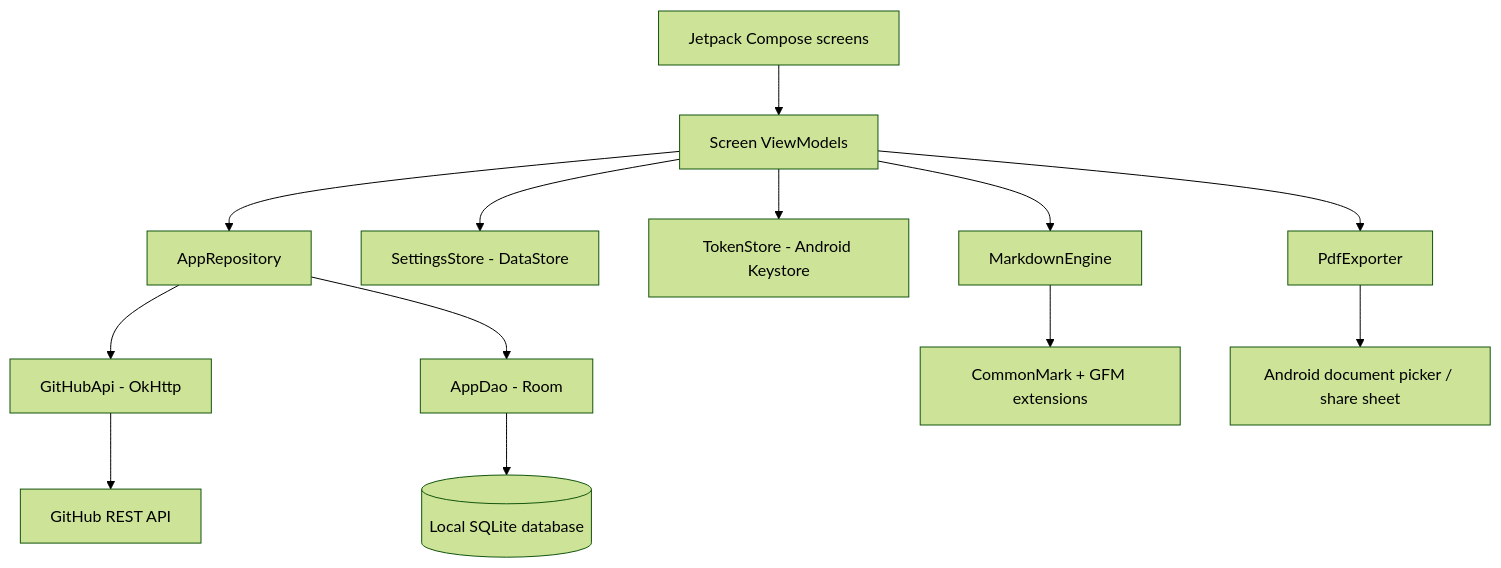
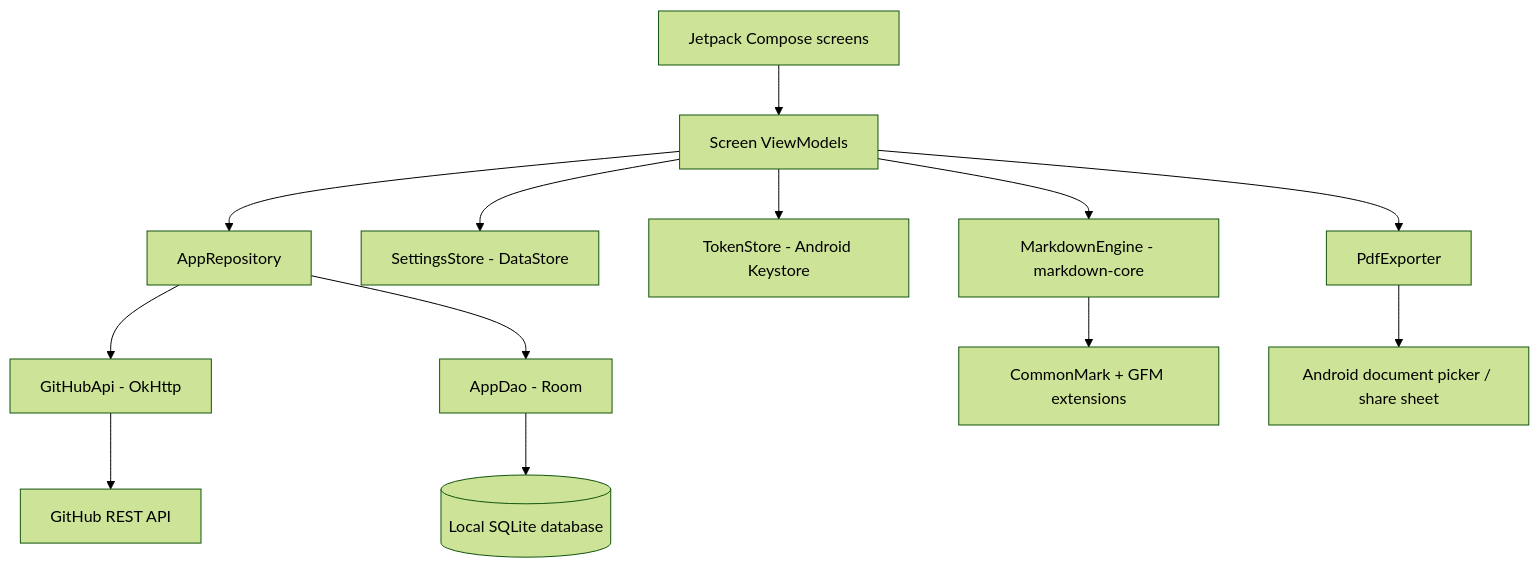
Before and after one commit to Basavaraj8143/gitreadme: the eighth of 12 diagrams in README.md, drawn with Mermaid (forest theme). The commit also changed other lines of this file and 240 other files, not shown here.

````diff
--- a/README.md
+++ b/README.md
@@ -401,15 +401,15 @@
 ```mermaid
 flowchart TD
     UI[Jetpack Compose screens] --> VM[Screen ViewModels]
     VM --> AR[AppRepository]
     AR --> API[GitHubApi - OkHttp]
     AR --> DAO[AppDao - Room]
     DAO --> DB[(Local SQLite database)]
     VM --> SETTINGS[SettingsStore - DataStore]
     VM --> TOKEN[TokenStore - Android Keystore]
     API --> GH[GitHub REST API]
-    VM --> ENGINE[MarkdownEngine]
+    VM --> ENGINE[MarkdownEngine - markdown-core]
     ENGINE --> COMMONMARK[CommonMark + GFM extensions]
     VM --> PDF[PdfExporter]
     PDF --> SAF[Android document picker / share sheet]
 ```
````
